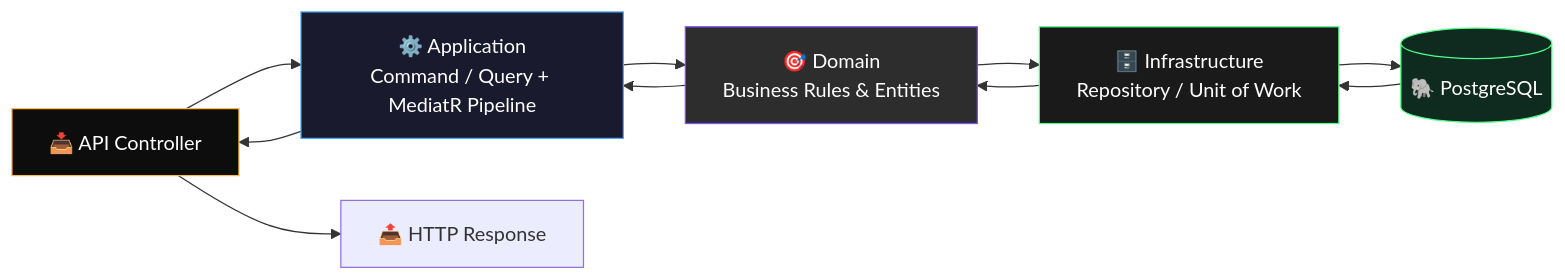
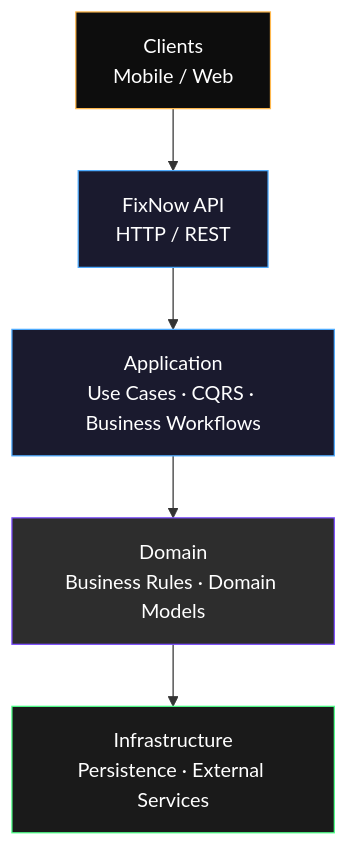
Before and after one commit to amralsaftawi/FixNow: the second of 2 diagrams in README.md, drawn with Mermaid. The commit also changed other lines of this file and 196 other files, not shown here.

````diff
--- a/README.md
+++ b/README.md
@@ -175,18 +115,13 @@
 ```mermaid
-flowchart LR
-    A[📥 API Controller] --> B[⚙️ Application<br/>Command / Query + MediatR Pipeline]
-    B --> C[🎯 Domain<br/>Business Rules & Entities]
-    C --> D[🗄️ Infrastructure<br/>Repository / Unit of Work]
-    D --> E[(🐘 PostgreSQL)]
-    E --> D
-    D --> C
-    C --> B
-    B --> A
-    A --> F[📤 HTTP Response]
+flowchart TB
+    A[Clients<br/>Mobile / Web] --> B[FixNow API<br/>HTTP / REST]
+    B --> C[Application<br/>Use Cases · CQRS · Business Workflows]
+    C --> D[Domain<br/>Business Rules · Domain Models]
+    D --> E[Infrastructure<br/>Persistence · External Services]
 
     style A fill:#0d0d0d,color:#fff,stroke:#ffb84d
     style B fill:#1a1a2e,color:#fff,stroke:#4dabff
-    style C fill:#2d2d2d,color:#fff,stroke:#7c4dff
-    style D fill:#1a1a1a,color:#fff,stroke:#4dff88
-    style E fill:#0f2a1f,color:#fff,stroke:#4dff88
+    style C fill:#1a1a2e,color:#fff,stroke:#4dabff
+    style D fill:#2d2d2d,color:#fff,stroke:#7c4dff
+    style E fill:#1a1a1a,color:#fff,stroke:#4dff88
 ```
````
